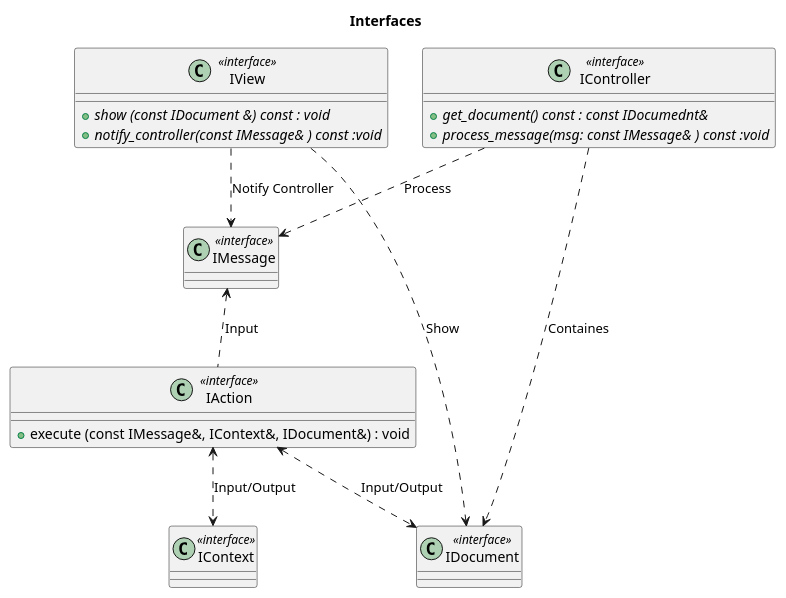
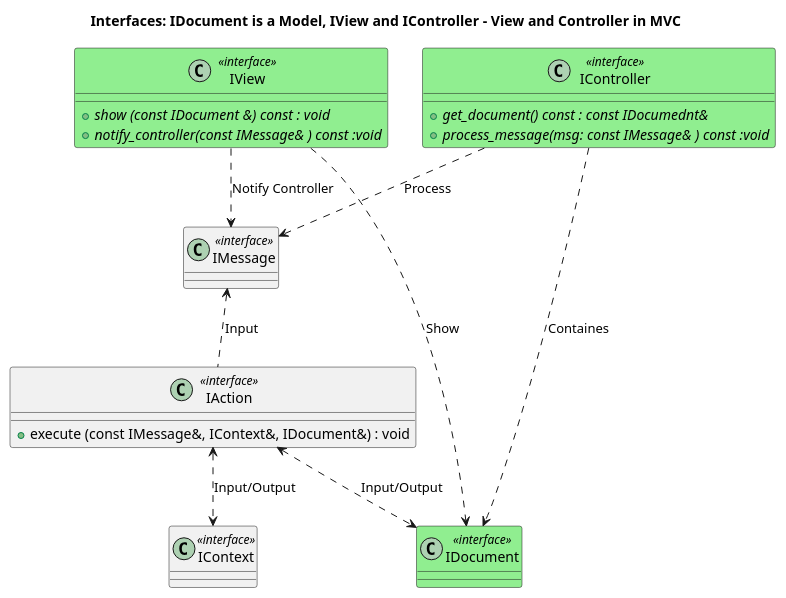
One commit to CheskisVladimir/otus-2025 changed the diagram in Editor/plant_uml/interfaces.puml. Above: the diagram before and after it, drawn with PlantUML.

```diff
--- a/Editor/plant_uml/interfaces.puml
+++ b/Editor/plant_uml/interfaces.puml
@@ -1,32 +1,32 @@
 @startuml
-title Interfaces
-class IController <<interface>> {
+title Interfaces: IDocument is a Model, IView and IController - View and Controller in MVC
+class IController <<interface>> #LightGreen {
   + {abstract} get_document() const : const IDocumednt&
   + {abstract} process_message(msg: const IMessage& ) const :void 
  }
 
-class IView<<interface>>{
+class IView<<interface>> #LightGreen {
   + {abstract} show (const IDocument &) const : void
   + {abstract} notify_сontroller(const IMessage& ) const :void 
 }
-class IDocument <<interface>>{}
+class IDocument <<interface>> #LightGreen {}
 class IMessage<<interface>>{} 
 class IContext <<interface>>{}
 
 class IAction<<interface>>
 {
    + execute (const IMessage&, IContext&, IDocument&) : void
 } 
 
 
 IMessage <.. IAction : Input
 IAction <..> IContext : Input/Output
 IAction <..> IDocument : Input/Output
 
 IView ..> IMessage : Notify Controller
 IView ..> IDocument : Show
 IController ..> IMessage : Process
 IController ..> IDocument : Containes
 
 
 @enduml
```
